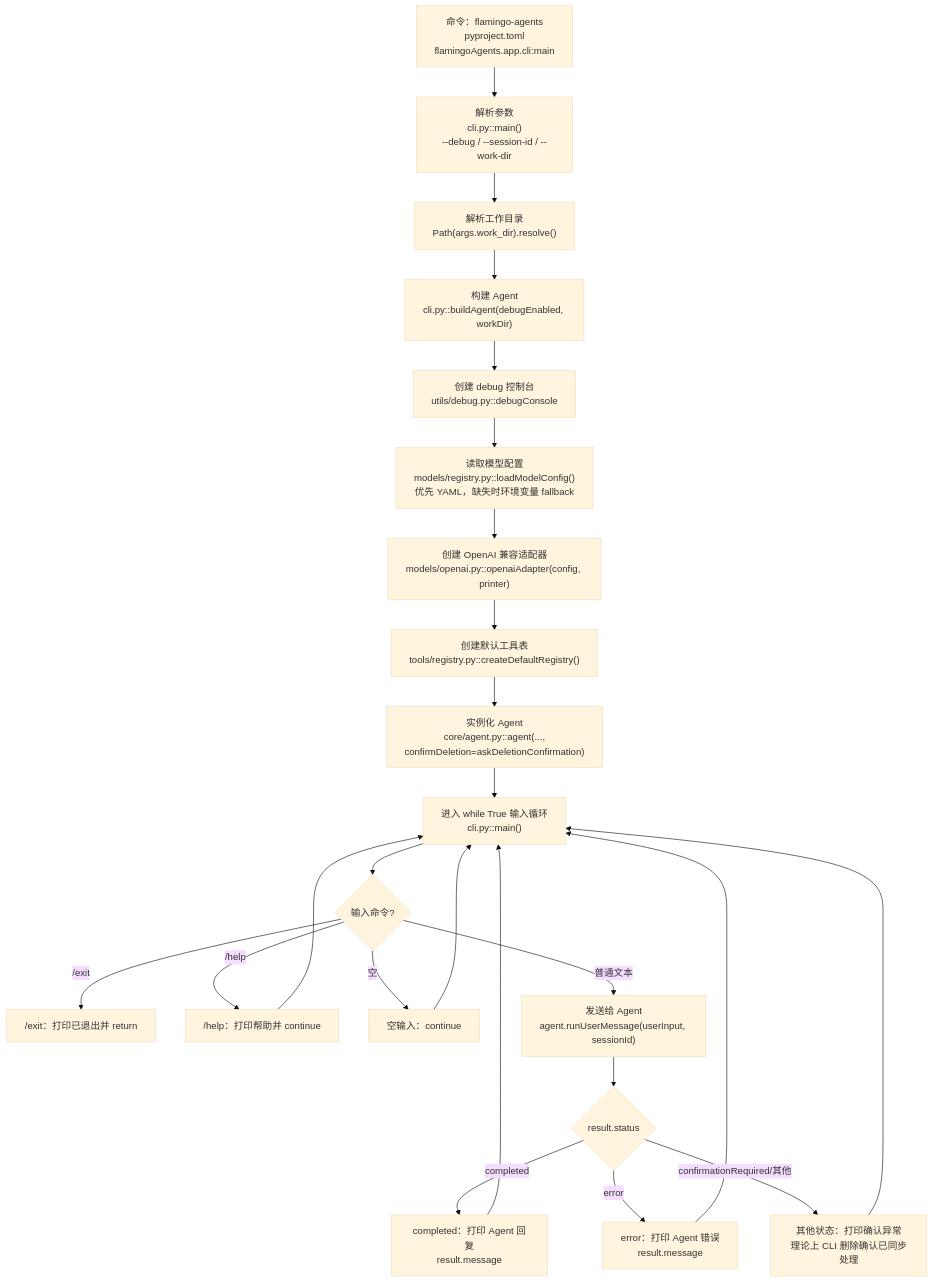
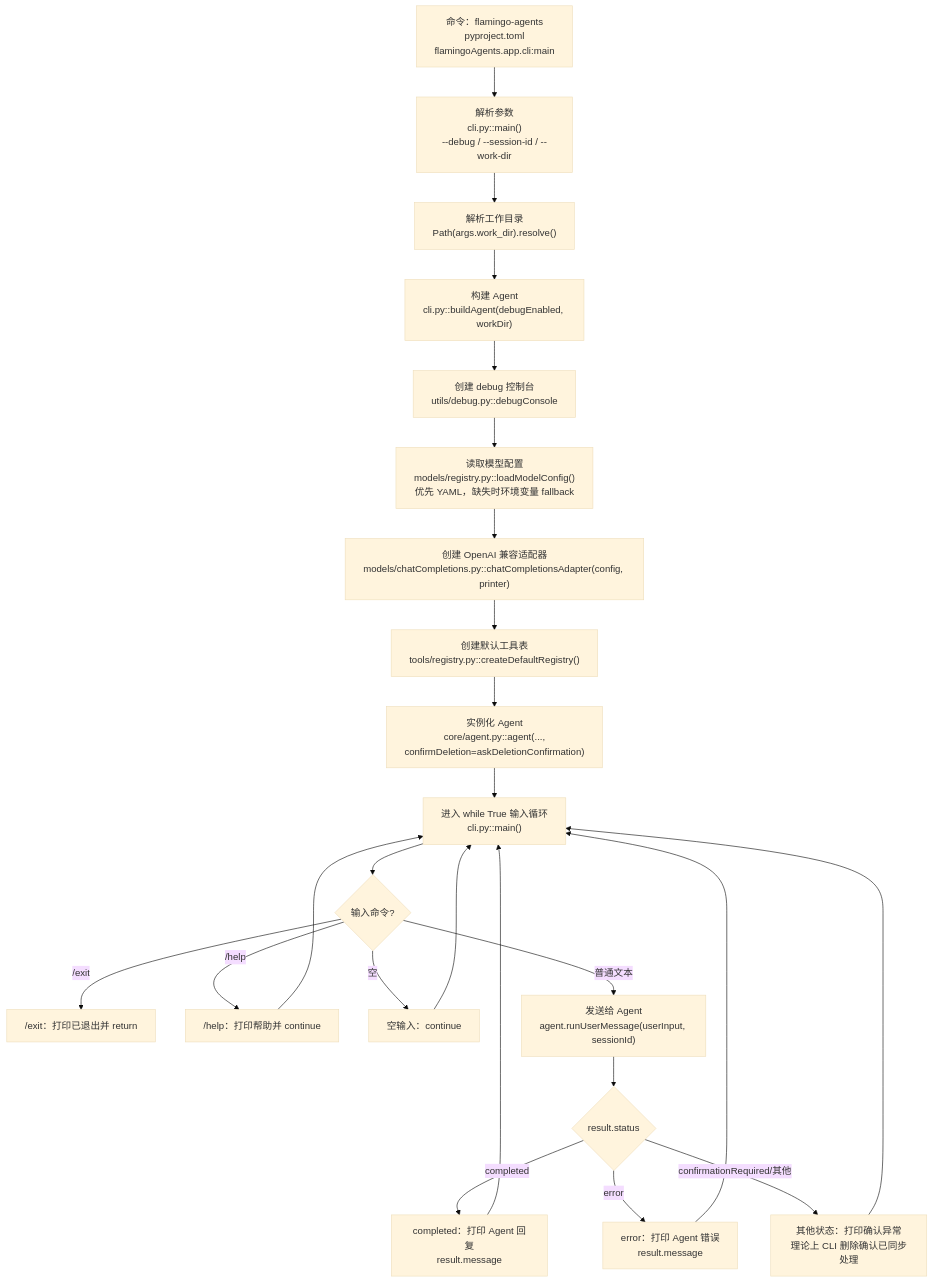
Before and after one commit to Cong-Wan/FlamingoAgents: the third of 14 diagrams in docs/flamingoAgentsFlow.md, drawn with Mermaid (base theme). The commit also changed other lines of this file and 39 other files, not shown here.

````diff
--- a/docs/flamingoAgentsFlow.md
+++ b/docs/flamingoAgentsFlow.md
@@ -283,33 +283,33 @@
 ```mermaid
 flowchart TD
     cliStart["命令：flamingo-agents<br/>pyproject.toml<br/>flamingoAgents.app.cli:main"]
     parseArgs["解析参数<br/>cli.py::main()<br/>--debug / --session-id / --work-dir"]
     resolveWorkDir["解析工作目录<br/>Path(args.work_dir).resolve()"]
     build["构建 Agent<br/>cli.py::buildAgent(debugEnabled, workDir)"]
     debug["创建 debug 控制台<br/>utils/debug.py::debugConsole"]
     config["读取模型配置<br/>models/registry.py::loadModelConfig()<br/>优先 YAML，缺失时环境变量 fallback"]
-    adapter["创建 OpenAI 兼容适配器<br/>models/openai.py::openaiAdapter(config, printer)"]
+    adapter["创建 OpenAI 兼容适配器<br/>models/chatCompletions.py::chatCompletionsAdapter(config, printer)"]
     registry["创建默认工具表<br/>tools/registry.py::createDefaultRegistry()"]
     agentCtor["实例化 Agent<br/>core/agent.py::agent(...,<br/>confirmDeletion=askDeletionConfirmation)"]
     loop["进入 while True 输入循环<br/>cli.py::main()"]
     commandCheck{"输入命令?"}
     exitNode["/exit：打印已退出并 return"]
     helpNode["/help：打印帮助并 continue"]
     skipEmpty["空输入：continue"]
     run["发送给 Agent<br/>agent.runUserMessage(userInput, sessionId)"]
     statusCheck{"result.status"}
     printCompleted["completed：打印 Agent 回复<br/>result.message"]
     printError["error：打印 Agent 错误<br/>result.message"]
     printUnexpected["其他状态：打印确认异常<br/>理论上 CLI 删除确认已同步处理"]
 
     cliStart --> parseArgs --> resolveWorkDir --> build
     build --> debug --> config --> adapter --> registry --> agentCtor --> loop
     loop --> commandCheck
     commandCheck -- 空 --> skipEmpty --> loop
     commandCheck -- /exit --> exitNode
     commandCheck -- /help --> helpNode --> loop
     commandCheck -- 普通文本 --> run --> statusCheck
     statusCheck -- completed --> printCompleted --> loop
     statusCheck -- error --> printError --> loop
     statusCheck -- confirmationRequired/其他 --> printUnexpected --> loop
 ```
````
